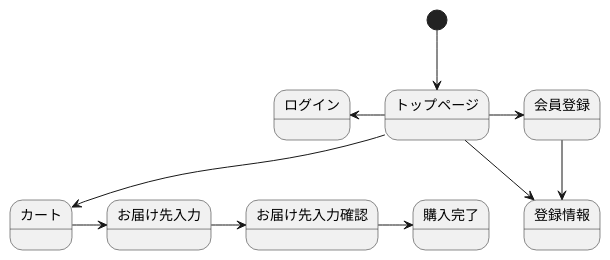
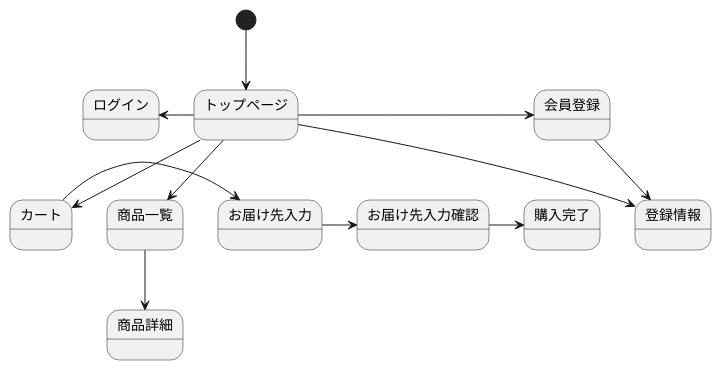
Before and after one commit to aso2001190/sys2021-design: the diagram in stm01.md, drawn with PlantUML.

````diff
--- a/stm01.md
+++ b/stm01.md
@@ -1,16 +1,18 @@
 ```uml
 @startuml
 [*] --> トップページ
 トップページ -> 会員登録
 トップページ -left-> ログイン
 トップページ --> カート
 トップページ --> 登録情報
+トップページ --> 商品一覧
+商品一覧 --> 商品詳細
 
 会員登録 --> 登録情報
 カート -> お届け先入力
 お届け先入力 -> お届け先入力確認
 お届け先入力確認 -> 購入完了
 
 
 @enduml
 ```
````
